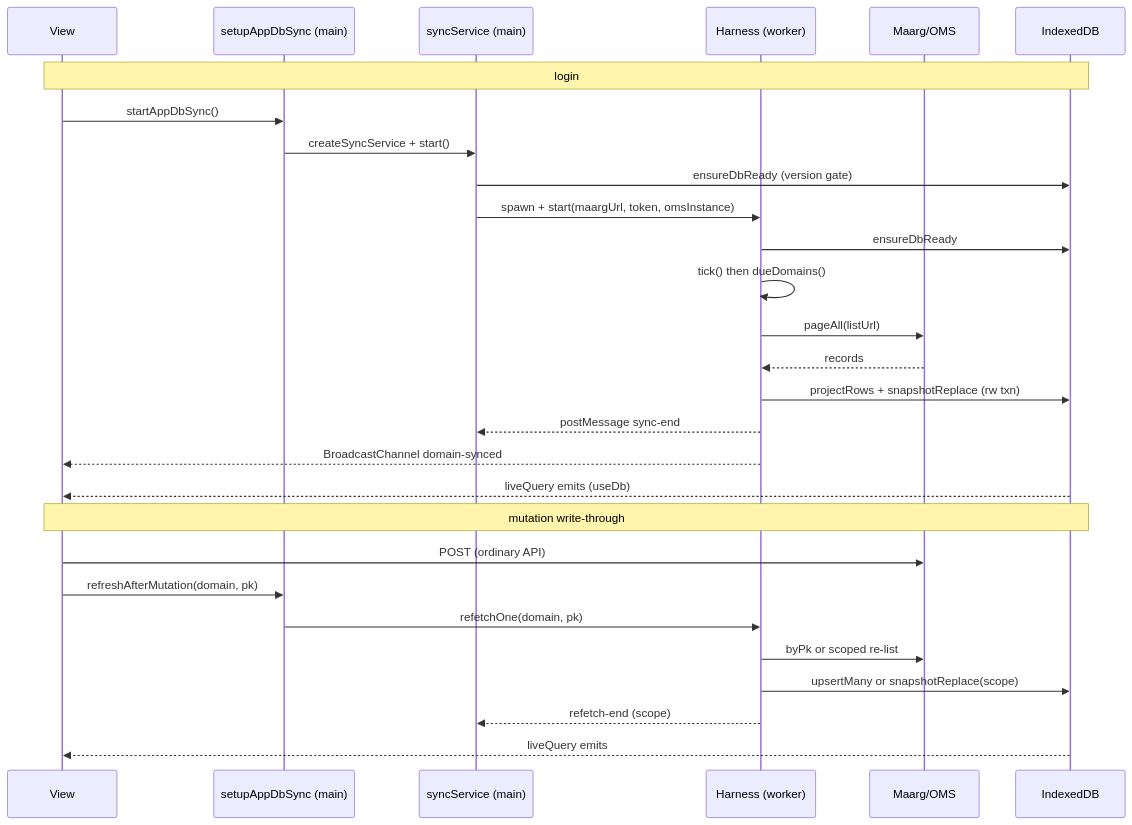
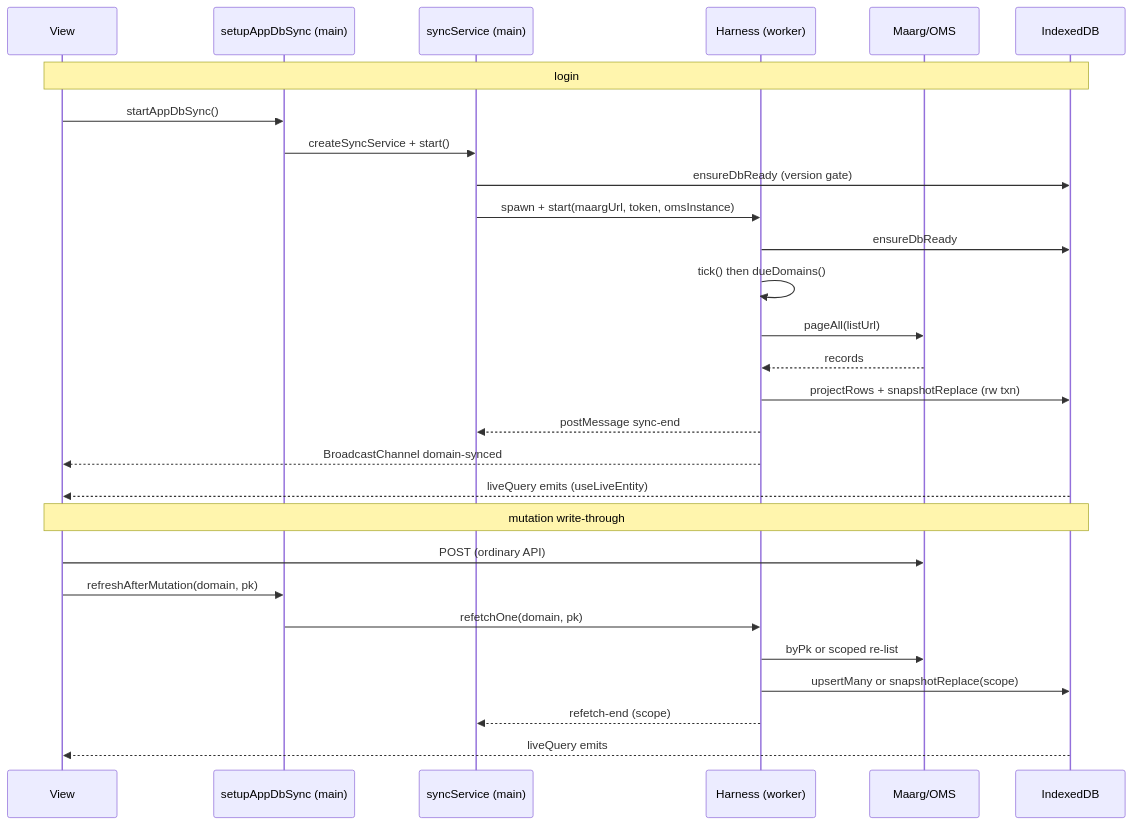
Before and after one commit to hotwax/accxui: the fifth of 5 diagrams in docs/APP_DB_ARCHITECTURE.md, drawn with Mermaid. The commit also changed other lines of this file and 31 other files, not shown here.

Commit message:
Improved: Made dbClient the single access layer to the app database, with schema-level table names and a build-time data-access lint gate.

````diff
--- a/docs/APP_DB_ARCHITECTURE.md
+++ b/docs/APP_DB_ARCHITECTURE.md
@@ -986,32 +1049,32 @@
 ```mermaid
 sequenceDiagram
     participant V as View
     participant S as setupAppDbSync (main)
     participant SS as syncService (main)
     participant W as Harness (worker)
     participant API as Maarg/OMS
     participant DB as IndexedDB
 
     Note over V,DB: login
     V->>S: startAppDbSync()
     S->>SS: createSyncService + start()
     SS->>DB: ensureDbReady (version gate)
     SS->>W: spawn + start(maargUrl, token, omsInstance)
     W->>DB: ensureDbReady
     W->>W: tick() then dueDomains()
     W->>API: pageAll(listUrl)
     API-->>W: records
     W->>DB: projectRows + snapshotReplace (rw txn)
     W-->>SS: postMessage sync-end
     W-->>V: BroadcastChannel domain-synced
-    DB-->>V: liveQuery emits (useDb)
+    DB-->>V: liveQuery emits (useLiveEntity)
 
     Note over V,DB: mutation write-through
     V->>API: POST (ordinary API)
     V->>S: refreshAfterMutation(domain, pk)
     S->>W: refetchOne(domain, pk)
     W->>API: byPk or scoped re-list
     W->>DB: upsertMany or snapshotReplace(scope)
     W-->>SS: refetch-end (scope)
     DB-->>V: liveQuery emits
 ```
````
